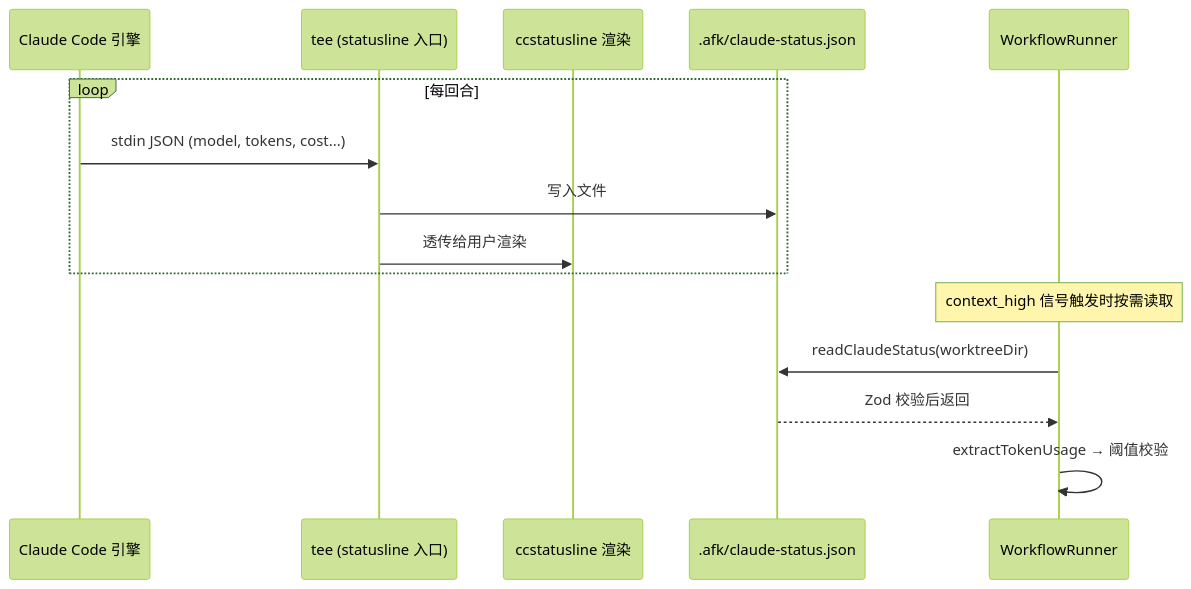
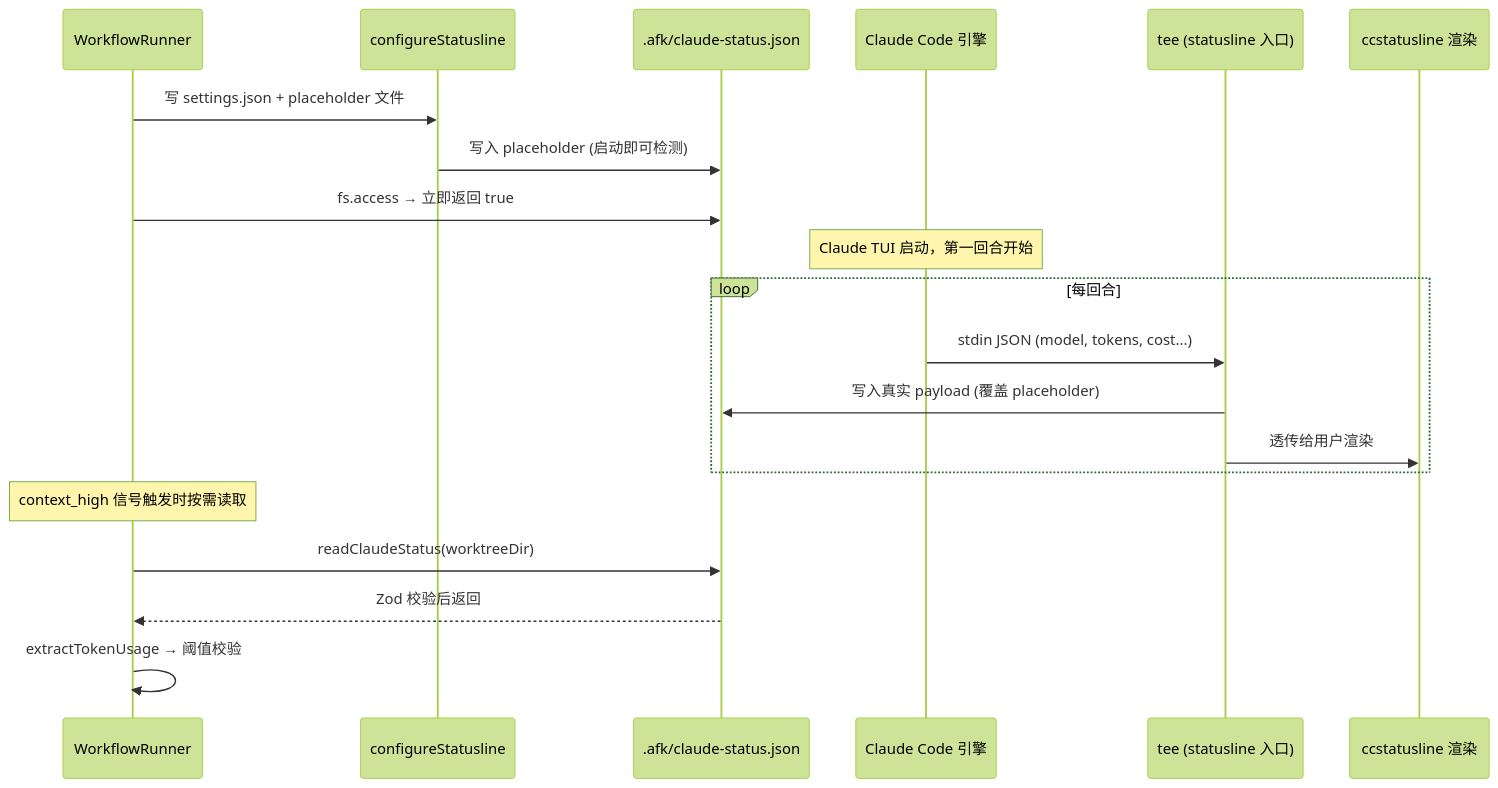
The fifth of 11 diagrams in docs/ARCHITECTURE.md (easyhaloo/afk), drawn with Mermaid (forest theme) before and after one commit. The commit also changed other lines of this file, not shown here.

First line of the commit message:
docs: 同步 ARCHITECTURE.md 反映全部重构

````diff
--- a/docs/ARCHITECTURE.md
+++ b/docs/ARCHITECTURE.md
@@ -260,19 +286,25 @@
 ```mermaid
 sequenceDiagram
+    participant W as WorkflowRunner
+    participant SCONF as configureStatusline
+    participant JSON as .afk/claude-status.json
     participant CC as Claude Code 引擎
     participant Tee as tee (statusline 入口)
     participant SL as ccstatusline 渲染
-    participant JSON as .afk/claude-status.json
-    participant R as WorkflowRunner
 
+    W->>SCONF: 写 settings.json + placeholder 文件
+    SCONF->>JSON: 写入 placeholder (启动即可检测)
+    W->>JSON: fs.access → 立即返回 true
+
+    Note over CC: Claude TUI 启动，第一回合开始
     loop 每回合
         CC->>Tee: stdin JSON (model, tokens, cost...)
-        Tee->>JSON: 写入文件
+        Tee->>JSON: 写入真实 payload (覆盖 placeholder)
         Tee->>SL: 透传给用户渲染
     end
 
-    Note over R: context_high 信号触发时按需读取
-    R->>JSON: readClaudeStatus(worktreeDir)
-    JSON-->>R: Zod 校验后返回
-    R->>R: extractTokenUsage → 阈值校验
+    Note over W: context_high 信号触发时按需读取
+    W->>JSON: readClaudeStatus(worktreeDir)
+    JSON-->>W: Zod 校验后返回
+    W->>W: extractTokenUsage → 阈值校验
 ```
````
